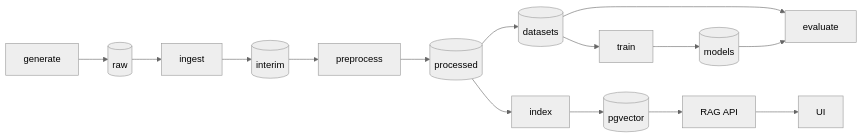
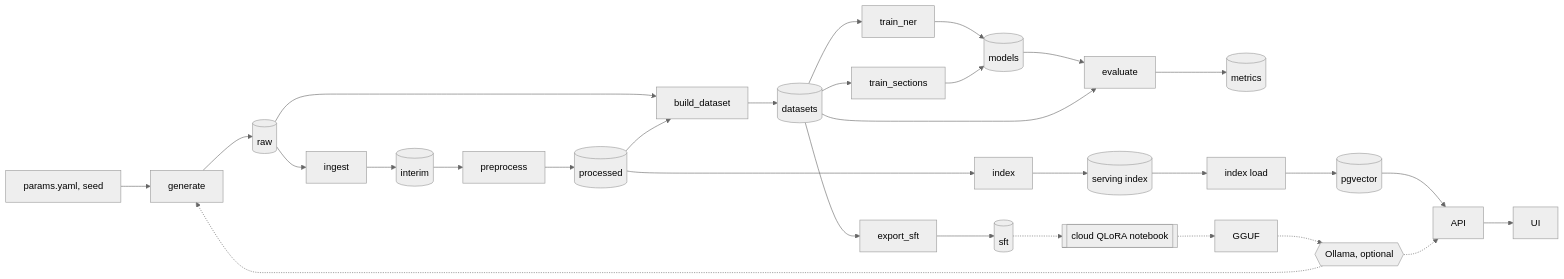
One commit to emanuel-luis/necrohub changed the diagram in README.md. Above: the diagram before and after it, drawn with Mermaid (neutral theme). The commit also changed other lines of this file, not shown here.

````diff
--- a/README.md
+++ b/README.md
@@ -61,12 +31,21 @@
 ```mermaid
 flowchart LR
+  seed[params.yaml, seed] --> generate
   generate --> raw[(raw)]
   raw --> ingest --> interim[(interim)]
   interim --> preprocess --> processed[(processed)]
-  processed --> datasets[(datasets)]
-  datasets --> train --> models[(models)]
+  raw --> build_dataset
+  processed --> build_dataset --> datasets[(datasets)]
+  datasets --> export_sft --> sft[(sft)]
+  datasets --> train_ner --> models[(models)]
+  datasets --> train_sections --> models
+  models --> evaluate --> metrics[(metrics)]
   datasets --> evaluate
-  models --> evaluate
-  processed --> index --> pgvector[(pgvector)]
-  pgvector --> api[RAG API] --> ui[UI]
+  processed --> index --> idx[(serving index)]
+  idx --> load[index load] --> pgvector[(pgvector)]
+  pgvector --> api[API] --> ui[UI]
+  ollama{{Ollama, optional}} -.-> generate
+  ollama -.-> api
+  sft -.-> qlora[[cloud QLoRA notebook]]
+  qlora -.-> gguf[GGUF] -.-> ollama
 ```
````
